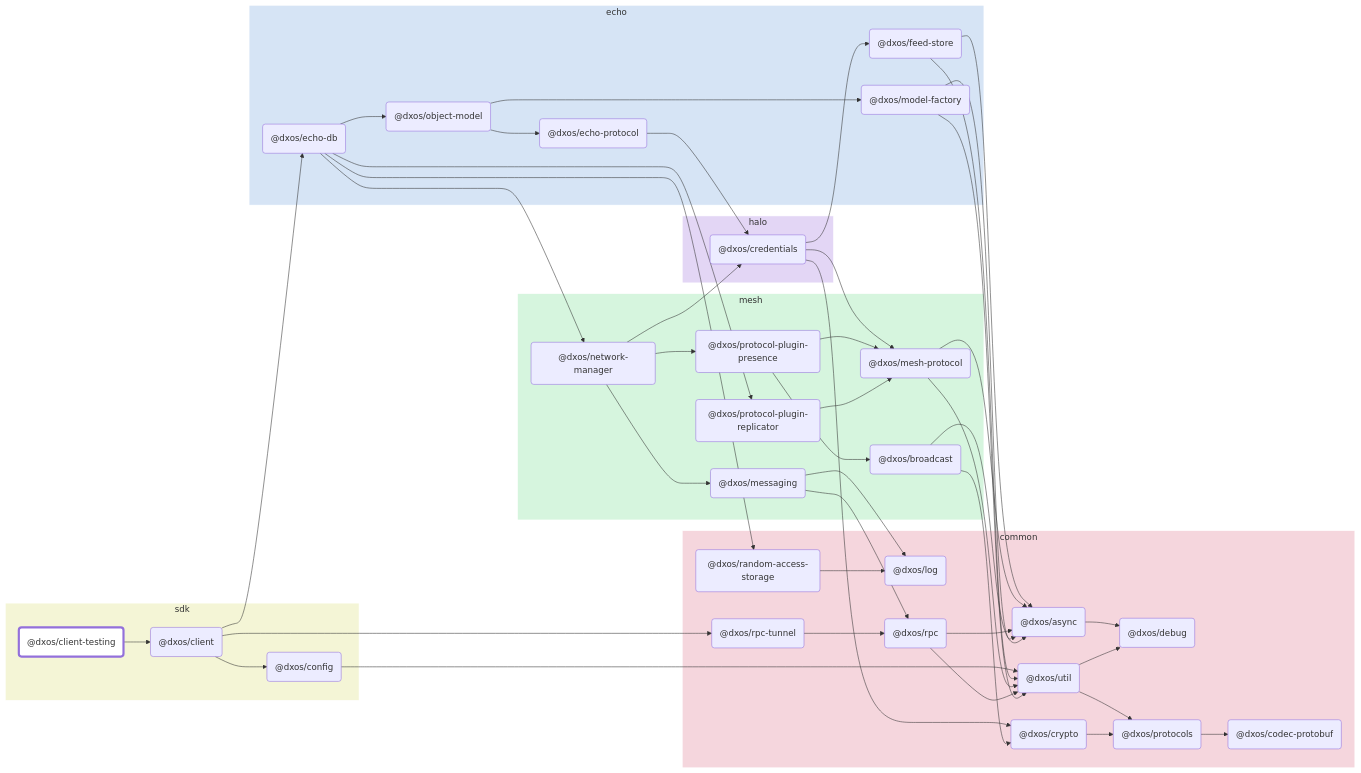
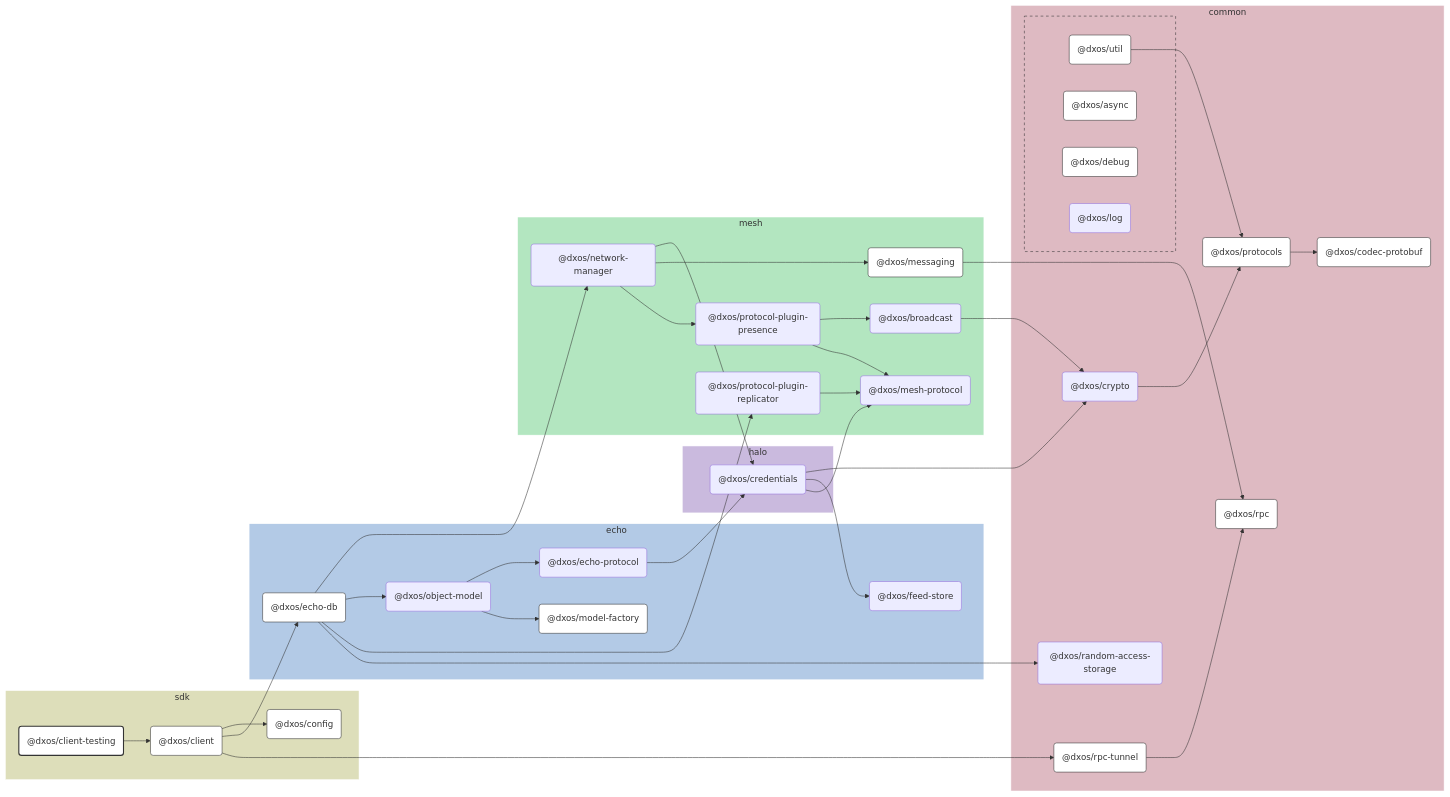
The diagram in packages/sdk/client-testing/docs/README.md (dxos/dxos), drawn with Mermaid before and after one commit. The commit also changed 100 other files, not shown here.

````diff
--- a/packages/sdk/client-testing/docs/README.md
+++ b/packages/sdk/client-testing/docs/README.md
@@ -7,104 +7,124 @@
 ```mermaid
-flowchart LR;
+%%{ init: {'flowchart':{'curve':'basis'}} }%%
 
-style dxos/client-testing fill:#fff,stroke-width:4px;
+flowchart LR
 
-click dxos/async "https:/github.com/dxos/dxos/tree/main/packages/common/async/docs";
-click dxos/debug "https:/github.com/dxos/dxos/tree/main/packages/common/debug/docs";
-click dxos/client "https:/github.com/dxos/dxos/tree/main/packages/sdk/client/docs";
-click dxos/codec-protobuf "https:/github.com/dxos/dxos/tree/main/packages/common/codec-protobuf/docs";
-click dxos/config "https:/github.com/dxos/dxos/tree/main/packages/sdk/config/docs";
-click dxos/echo-db "https:/github.com/dxos/dxos/tree/main/packages/echo/echo-db/docs";
-click dxos/model-factory "https:/github.com/dxos/dxos/tree/main/packages/echo/model-factory/docs";
-click dxos/protocols "https:/github.com/dxos/dxos/tree/main/packages/common/protocols/docs";
-click dxos/rpc "https:/github.com/dxos/dxos/tree/main/packages/common/rpc/docs";
-click dxos/rpc-tunnel "https:/github.com/dxos/dxos/tree/main/packages/common/rpc-tunnel/docs";
-click dxos/messaging "https:/github.com/dxos/dxos/tree/main/packages/mesh/messaging/docs";
-click dxos/util "https:/github.com/dxos/dxos/tree/main/packages/common/util/docs";
+%% Links
+dxos/broadcast --> dxos/crypto;
+dxos/client --> dxos/config;
+dxos/client --> dxos/echo-db;
+dxos/client --> dxos/rpc-tunnel;
+dxos/client-testing --> dxos/client;
+dxos/credentials --> dxos/crypto;
+dxos/credentials --> dxos/feed-store;
+dxos/credentials --> dxos/mesh-protocol;
+dxos/crypto --> dxos/protocols;
+dxos/echo-db --> dxos/network-manager;
+dxos/echo-db --> dxos/object-model;
+dxos/echo-db --> dxos/protocol-plugin-replicator;
+dxos/echo-db --> dxos/random-access-storage;
+dxos/echo-protocol --> dxos/credentials;
+dxos/messaging --> dxos/rpc;
+dxos/network-manager --> dxos/credentials;
+dxos/network-manager --> dxos/messaging;
+dxos/network-manager --> dxos/protocol-plugin-presence;
+dxos/object-model --> dxos/echo-protocol;
+dxos/object-model --> dxos/model-factory;
+dxos/protocol-plugin-presence --> dxos/broadcast;
+dxos/protocol-plugin-presence --> dxos/mesh-protocol;
+dxos/protocol-plugin-replicator --> dxos/mesh-protocol;
+dxos/protocols --> dxos/codec-protobuf;
+dxos/rpc-tunnel --> dxos/rpc;
+dxos/util --> dxos/protocols;
 
+%% Sections
 subgraph sdk
-  style sdk fill:#f4f5d6,stroke:#fff;
-  dxos/client-testing("@dxos/client-testing");
-  dxos/client("@dxos/client");
-  dxos/config("@dxos/config");
+  style sdk fill:#dddeba,stroke:#fff;
+
+  dxos/client("@dxos/client")
+  dxos/client-testing("@dxos/client-testing")
+  dxos/config("@dxos/config")
 end
 
 subgraph common
-  style common fill:#f5d6dd,stroke:#fff;
-  dxos/async("@dxos/async");
-  dxos/debug("@dxos/debug");
-  dxos/codec-protobuf("@dxos/codec-protobuf");
-  dxos/protocols("@dxos/protocols");
-  dxos/util("@dxos/util");
-  dxos/log("@dxos/log");
-  dxos/crypto("@dxos/crypto");
-  dxos/rpc("@dxos/rpc");
-  dxos/random-access-storage("@dxos/random-access-storage");
-  dxos/rpc-tunnel("@dxos/rpc-tunnel");
+  style common fill:#debac2,stroke:#fff;
+
+  dxos/codec-protobuf("@dxos/codec-protobuf")
+  dxos/crypto("@dxos/crypto")
+  dxos/protocols("@dxos/protocols")
+  dxos/random-access-storage("@dxos/random-access-storage")
+  dxos/rpc("@dxos/rpc")
+  dxos/rpc-tunnel("@dxos/rpc-tunnel")
+
+  subgraph common-excluded [ ]
+    style common-excluded fill:#debac2,stroke:#333,stroke-dasharray:5 5;
+
+    dxos/async("@dxos/async")
+    dxos/debug("@dxos/debug")
+    dxos/log("@dxos/log")
+    dxos/util("@dxos/util")
+  end
 end
 
 subgraph echo
-  style echo fill:#d6e4f5,stroke:#fff;
-  dxos/echo-db("@dxos/echo-db");
-  dxos/feed-store("@dxos/feed-store");
-  dxos/echo-protocol("@dxos/echo-protocol");
-  dxos/model-factory("@dxos/model-factory");
-  dxos/object-model("@dxos/object-model");
+  style echo fill:#b3cae6,stroke:#fff;
+
+  dxos/echo-db("@dxos/echo-db")
+  dxos/echo-protocol("@dxos/echo-protocol")
+  dxos/feed-store("@dxos/feed-store")
+  dxos/model-factory("@dxos/model-factory")
+  dxos/object-model("@dxos/object-model")
 end
 
 subgraph halo
-  style halo fill:#e3d6f5,stroke:#fff;
-  dxos/credentials("@dxos/credentials");
+  style halo fill:#cabade,stroke:#fff;
+
+  dxos/credentials("@dxos/credentials")
 end
 
 subgraph mesh
-  style mesh fill:#d6f5de,stroke:#fff;
-  dxos/mesh-protocol("@dxos/mesh-protocol");
-  dxos/messaging("@dxos/messaging");
-  dxos/network-manager("@dxos/network-manager");
-  dxos/protocol-plugin-presence("@dxos/protocol-plugin-presence");
-  dxos/broadcast("@dxos/broadcast");
-  dxos/protocol-plugin-replicator("@dxos/protocol-plugin-replicator");
+  style mesh fill:#b3e6c0,stroke:#fff;
+
+  dxos/broadcast("@dxos/broadcast")
+  dxos/mesh-protocol("@dxos/mesh-protocol")
+  dxos/messaging("@dxos/messaging")
+  dxos/network-manager("@dxos/network-manager")
+  dxos/protocol-plugin-presence("@dxos/protocol-plugin-presence")
+  dxos/protocol-plugin-replicator("@dxos/protocol-plugin-replicator")
 end
 
-dxos/async --> dxos/debug;
-dxos/client-testing --> dxos/client;
-dxos/client --> dxos/config;
-dxos/protocols --> dxos/codec-protobuf;
-dxos/config --> dxos/util;
-dxos/util --> dxos/debug;
-dxos/util --> dxos/protocols;
-dxos/client --> dxos/echo-db;
-dxos/credentials --> dxos/crypto;
-dxos/crypto --> dxos/protocols;
-dxos/credentials --> dxos/feed-store;
-dxos/feed-store --> dxos/async;
-dxos/feed-store --> dxos/util;
-dxos/credentials --> dxos/mesh-protocol;
-dxos/mesh-protocol --> dxos/async;
-dxos/mesh-protocol --> dxos/util;
-dxos/echo-protocol --> dxos/credentials;
-dxos/messaging --> dxos/log;
-dxos/messaging --> dxos/rpc;
-dxos/rpc --> dxos/async;
-dxos/rpc --> dxos/util;
-dxos/model-factory --> dxos/async;
-dxos/model-factory --> dxos/util;
-dxos/echo-db --> dxos/network-manager;
-dxos/network-manager --> dxos/credentials;
-dxos/network-manager --> dxos/messaging;
-dxos/network-manager --> dxos/protocol-plugin-presence;
-dxos/protocol-plugin-presence --> dxos/broadcast;
-dxos/broadcast --> dxos/async;
-dxos/broadcast --> dxos/crypto;
-dxos/protocol-plugin-presence --> dxos/mesh-protocol;
-dxos/echo-db --> dxos/object-model;
-dxos/object-model --> dxos/echo-protocol;
-dxos/object-model --> dxos/model-factory;
-dxos/echo-db --> dxos/protocol-plugin-replicator;
-dxos/protocol-plugin-replicator --> dxos/mesh-protocol;
-dxos/echo-db --> dxos/random-access-storage;
-dxos/random-access-storage --> dxos/log;
-dxos/client --> dxos/rpc-tunnel;
-dxos/rpc-tunnel --> dxos/rpc;
+
+%% Hyperlinks
+click dxos/async href "https:/github.com/dxos/dxos/tree/main/packages/common/async/docs";
+click dxos/client href "https:/github.com/dxos/dxos/tree/main/packages/sdk/client/docs";
+click dxos/codec-protobuf href "https:/github.com/dxos/dxos/tree/main/packages/common/codec-protobuf/docs";
+click dxos/config href "https:/github.com/dxos/dxos/tree/main/packages/sdk/config/docs";
+click dxos/debug href "https:/github.com/dxos/dxos/tree/main/packages/common/debug/docs";
+click dxos/echo-db href "https:/github.com/dxos/dxos/tree/main/packages/echo/echo-db/docs";
+click dxos/messaging href "https:/github.com/dxos/dxos/tree/main/packages/mesh/messaging/docs";
+click dxos/model-factory href "https:/github.com/dxos/dxos/tree/main/packages/echo/model-factory/docs";
+click dxos/protocols href "https:/github.com/dxos/dxos/tree/main/packages/common/protocols/docs";
+click dxos/rpc href "https:/github.com/dxos/dxos/tree/main/packages/common/rpc/docs";
+click dxos/rpc-tunnel href "https:/github.com/dxos/dxos/tree/main/packages/common/rpc-tunnel/docs";
+click dxos/util href "https:/github.com/dxos/dxos/tree/main/packages/common/util/docs";
+
+%% Styles
+classDef rootNode fill:#fff,stroke:#333,stroke-width:2px
+classDef defaultNode fill:#fff,stroke:#333,stroke-width:1px
+linkStyle default stroke:#333,stroke-width:1px
+
+dxos/client-testing:::rootNode
+
+dxos/async:::defaultNode
+dxos/client:::defaultNode
+dxos/codec-protobuf:::defaultNode
+dxos/config:::defaultNode
+dxos/debug:::defaultNode
+dxos/echo-db:::defaultNode
+dxos/messaging:::defaultNode
+dxos/model-factory:::defaultNode
+dxos/protocols:::defaultNode
+dxos/rpc:::defaultNode
+dxos/rpc-tunnel:::defaultNode
+dxos/util:::defaultNode
 ```
````
